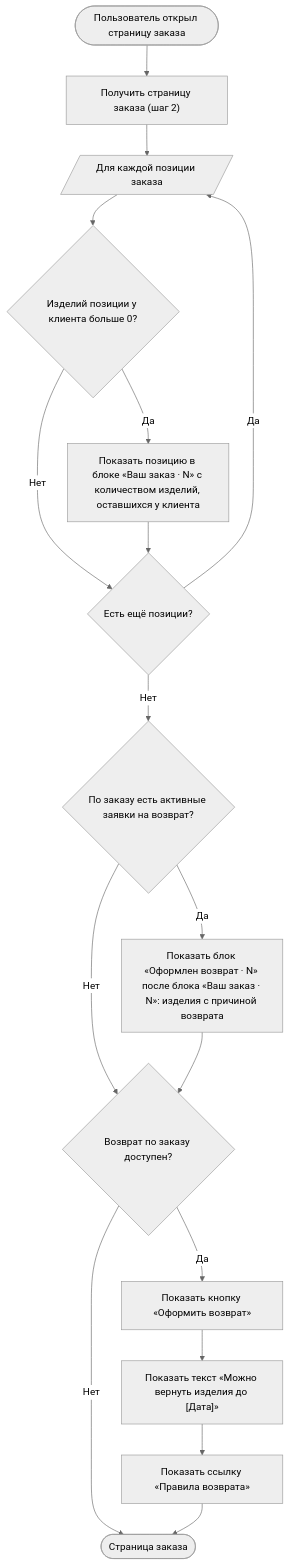
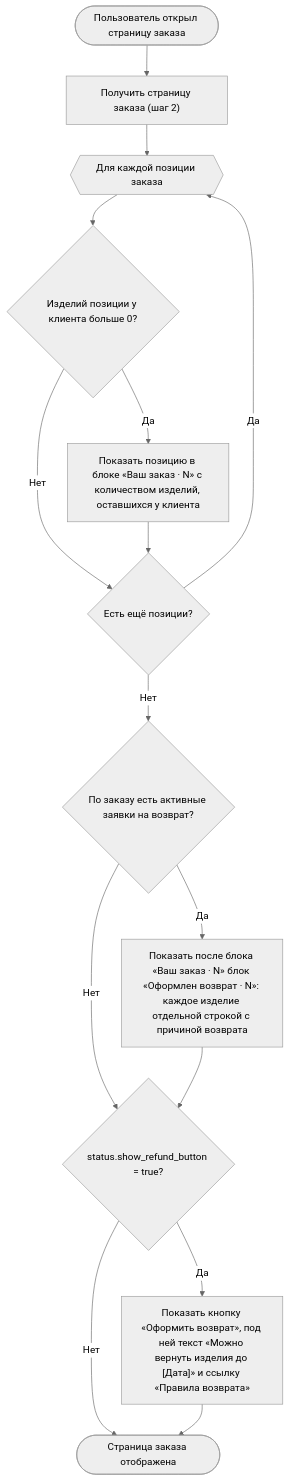
One commit to Terinss155/opencode-agents-analysis changed the second of 24 diagrams in projects/returns-2.0/requirements/srs/srs-web-mvp.md. Above: the diagram before and after it, drawn with Mermaid (neutral theme). The commit also changed other lines of this file and 4 other files, not shown here.

````diff
--- a/projects/returns-2.0/requirements/srs/srs-web-mvp.md
+++ b/projects/returns-2.0/requirements/srs/srs-web-mvp.md
@@ -123,19 +122,17 @@
 ```mermaid
 flowchart TD
     S([Пользователь открыл страницу заказа]) --> A["Получить страницу заказа (шаг 2)"]
-    A --> P[/"Для каждой позиции заказа"/]
+    A --> P{{"Для каждой позиции заказа"}}
     P --> B{"Изделий позиции у клиента больше 0?"}
     B -->|Да| C["Показать позицию в блоке «Ваш заказ · N» с количеством изделий, оставшихся у клиента"]
     B -->|Нет| N
     C --> N{"Есть ещё позиции?"}
     N -->|Да| P
     N -->|Нет| O{"По заказу есть активные заявки на возврат?"}
-    O -->|Да| O1["Показать блок «Оформлен возврат · N» после блока «Ваш заказ · N»: изделия с причиной возврата"]
+    O -->|Да| O1["Показать после блока «Ваш заказ · N» блок «Оформлен возврат · N»: каждое изделие отдельной строкой с причиной возврата"]
     O -->|Нет| K
-    O1 --> K{"Возврат по заказу доступен?"}
-    K -->|Да| Y["Показать кнопку «Оформить возврат»"]
+    O1 --> K{"status.show_refund_button = true?"}
+    K -->|Да| Y["Показать кнопку «Оформить возврат», под ней текст «Можно вернуть изделия до [Дата]» и ссылку «Правила возврата»"]
     K -->|Нет| Z
-    Y --> Y1["Показать текст «Можно вернуть изделия до [Дата]»"]
-    Y1 --> Y2["Показать ссылку «Правила возврата»"]
-    Y2 --> Z([Страница заказа])
+    Y --> Z([Страница заказа отображена])
 ```
````
